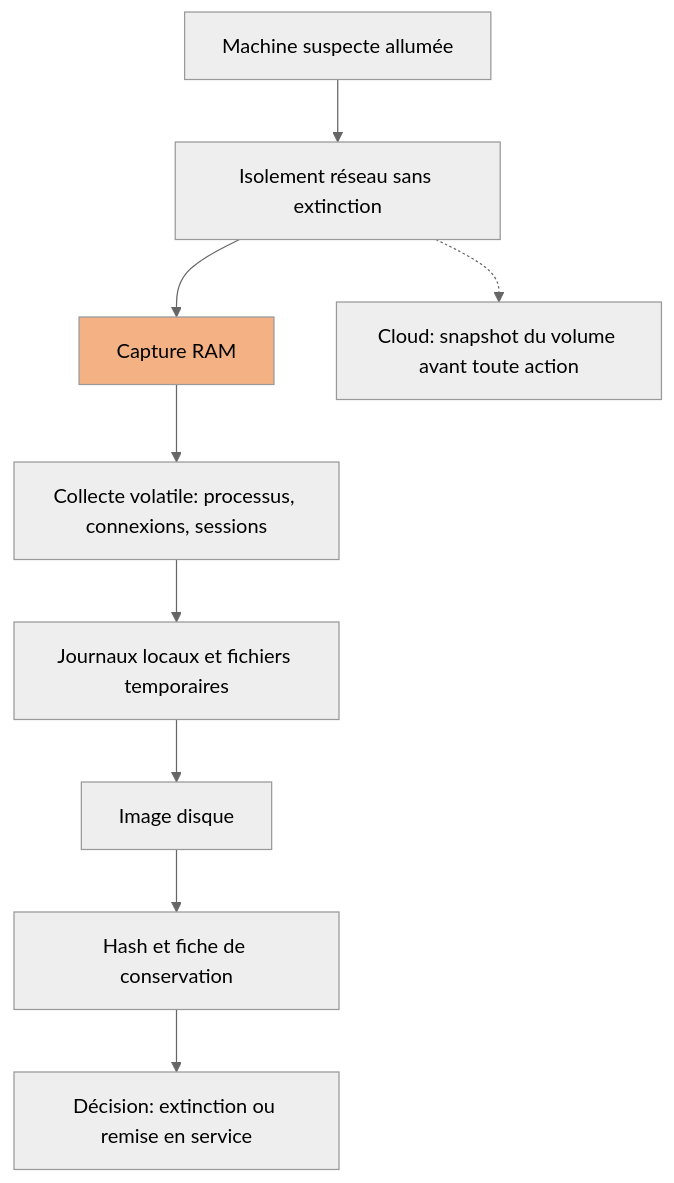
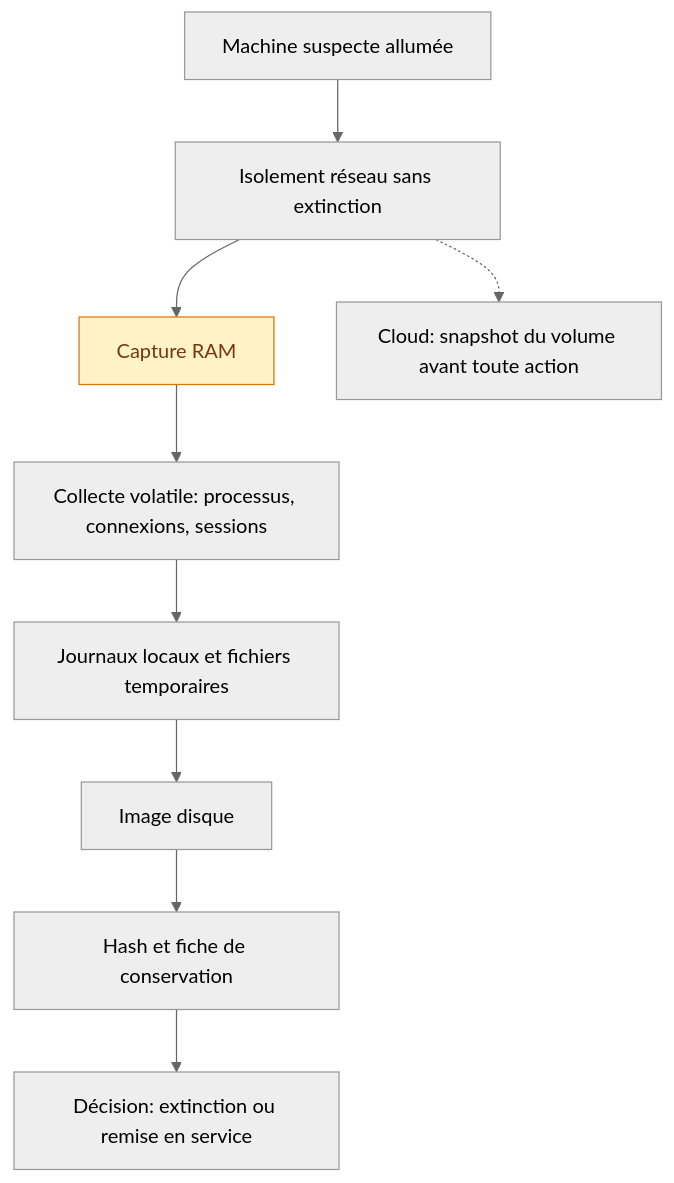
Before and after one commit to Gooseppr/GevOps_LC: the diagram in courses/reseaux-cybersecurite/34_investigation_forensic.md, drawn with Mermaid (neutral theme). The commit also changed 56 other files, not shown here.

````diff
--- a/courses/reseaux-cybersecurite/34_investigation_forensic.md
+++ b/courses/reseaux-cybersecurite/34_investigation_forensic.md
@@ -152,12 +152,12 @@
 ```mermaid
 flowchart TD
     A["Machine suspecte allumée"] --> B["Isolement réseau sans extinction"]
     B --> C["Capture RAM"]
     C --> D["Collecte volatile: processus, connexions, sessions"]
     D --> E["Journaux locaux et fichiers temporaires"]
     E --> F["Image disque"]
     F --> G["Hash et fiche de conservation"]
     G --> H["Décision: extinction ou remise en service"]
     B -.-> I["Cloud: snapshot du volume avant toute action"]
-    style C fill:#f4b183
+    style C fill:#fef3c7,stroke:#d97706,color:#78350f
 ```
````
